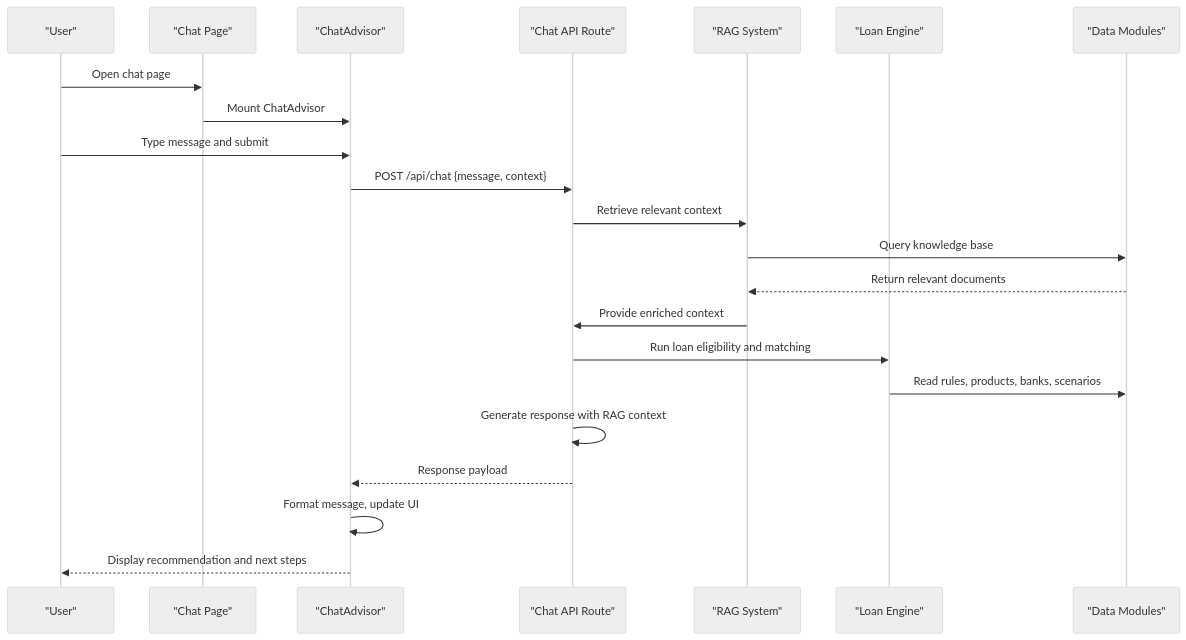
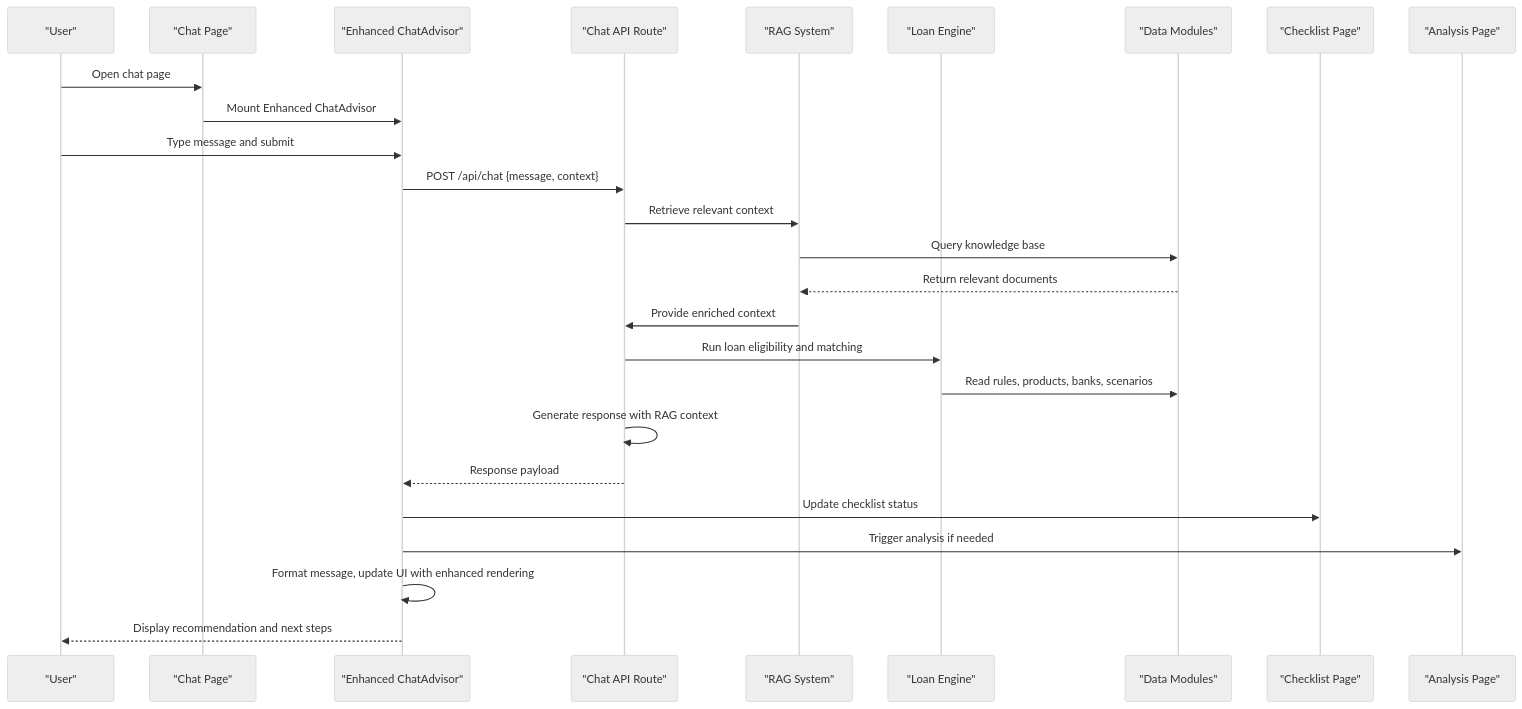
Before and after one commit to alibaba-hackathon-fsi/frontend-vaya: the second of 8 diagrams in .qoder/repowiki/en/content/Chat Interface/Chat Interface.md, drawn with Mermaid (neutral theme). The commit also changed other lines of this file and 36 other files, not shown here.

````diff
--- a/.qoder/repowiki/en/content/Chat Interface/Chat Interface.md
+++ b/.qoder/repowiki/en/content/Chat Interface/Chat Interface.md
@@ -136,24 +131,28 @@
 ```mermaid
 sequenceDiagram
 participant U as "User"
 participant P as "Chat Page"
-participant C as "ChatAdvisor"
+participant C as "Enhanced ChatAdvisor"
 participant A as "Chat API Route"
 participant R as "RAG System"
 participant L as "Loan Engine"
 participant D as "Data Modules"
+participant CP as "Checklist Page"
+participant AP as "Analysis Page"
 U->>P : Open chat page
-P->>C : Mount ChatAdvisor
+P->>C : Mount Enhanced ChatAdvisor
 U->>C : Type message and submit
 C->>A : POST /api/chat {message, context}
 A->>R : Retrieve relevant context
 R->>D : Query knowledge base
 D-->>R : Return relevant documents
 R->>A : Provide enriched context
 A->>L : Run loan eligibility and matching
 L->>D : Read rules, products, banks, scenarios
 A->>A : Generate response with RAG context
 A-->>C : Response payload
-C->>C : Format message, update UI
+C->>CP : Update checklist status
+C->>AP : Trigger analysis if needed
+C->>C : Format message, update UI with enhanced rendering
 C-->>U : Display recommendation and next steps
 ```
````
